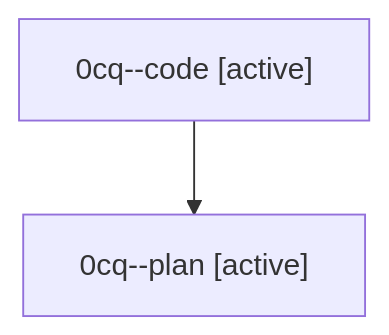
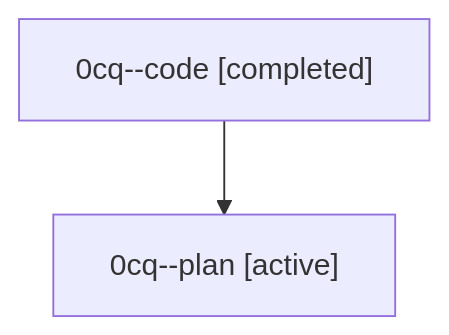
One commit to sase-org/sase--agents changed the diagram in families/bbugyi200.athena.0cq.md. Above: the diagram before and after it, drawn with Mermaid. The commit also changed other lines of this file and 35830 other files, not shown here.

````diff
--- a/families/bbugyi200.athena.0cq.md
+++ b/families/bbugyi200.athena.0cq.md
@@ -9,6 +9,6 @@
 ```mermaid
 flowchart TD
-  n0["0cq--code [active]"]
+  n0["0cq--code [completed]"]
   n1["0cq--plan [active]"]
   n0 --> n1
 ```
````
